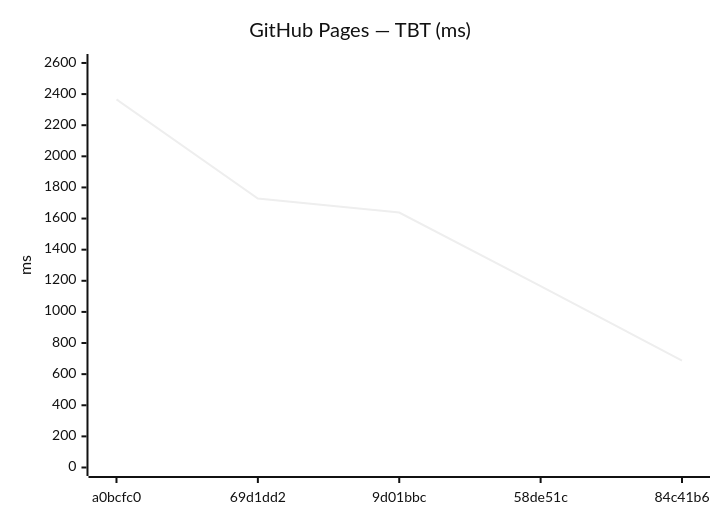
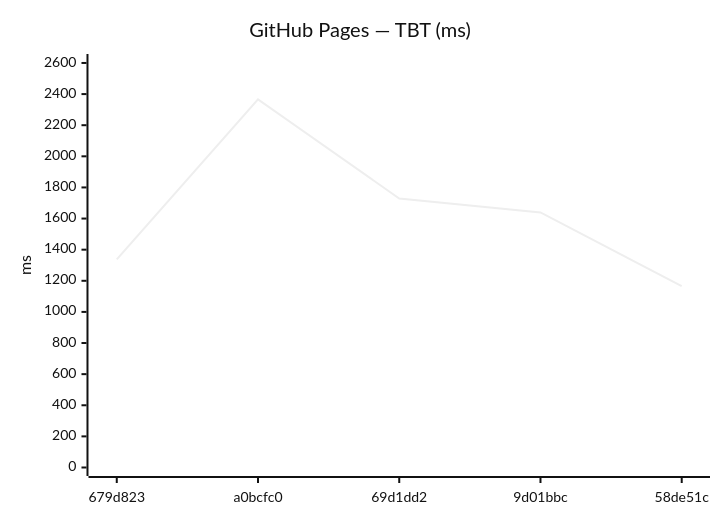
Before and after one commit to Metaheurist/Rianell: the eighth of 12 diagrams in benchmarks/compare.md, drawn with Mermaid (neutral theme). The commit also changed other lines of this file and 8 other files, not shown here.

````diff
--- a/benchmarks/compare.md
+++ b/benchmarks/compare.md
@@ -114,7 +114,7 @@
 ```mermaid
 xychart-beta
     title "GitHub Pages — TBT (ms)"
-    x-axis ["a0bcfc0", "69d1dd2", "9d01bbc", "58de51c", "84c41b6"]
+    x-axis ["679d823", "a0bcfc0", "69d1dd2", "9d01bbc", "58de51c"]
     y-axis "ms" 0 --> 2603
-    line [2366, 1729, 1639, 1166, 687]
+    line [1338, 2366, 1729, 1639, 1166]
 ```
````
